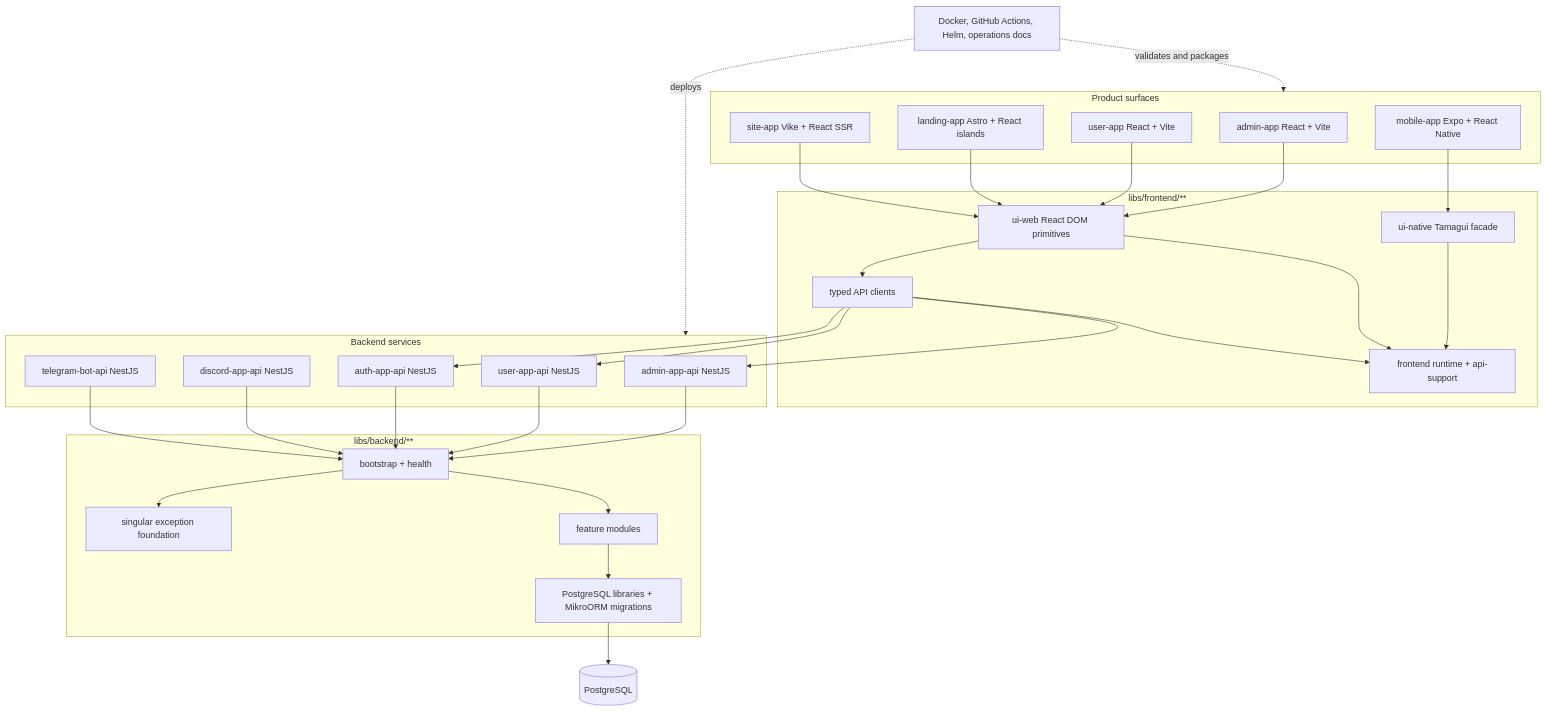
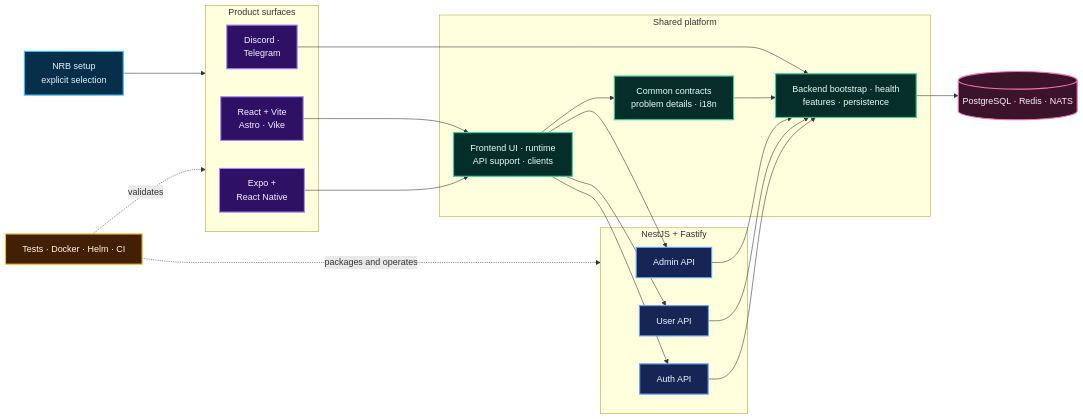
One commit to nmime/nest-react-boilerplate changed the diagram in README.md. Above: the diagram before and after it, drawn with Mermaid. The commit also changed other lines of this file and 1 other file, not shown here.

````diff
--- a/README.md
+++ b/README.md
@@ -7,55 +149,54 @@
 ```mermaid
-flowchart TB
-  subgraph Product["Product surfaces"]
-    Admin["admin-app React + Vite"]
-    User["user-app React + Vite"]
-    Landing["landing-app Astro + React islands"]
-    Site["site-app Vike + React SSR"]
-    Mobile["mobile-app Expo + React Native"]
+flowchart LR
+  Setup["NRB setup<br/>explicit selection"] --> Products
+
+  subgraph Products["Product surfaces"]
+    Web["React + Vite<br/>Astro · Vike"]
+    Mobile["Expo +<br/>React Native"]
+    Integrations["Discord ·<br/>Telegram"]
   end
-  subgraph Frontend["libs/frontend/**"]
-    UI["ui-web React DOM primitives"]
-    NativeUI["ui-native Tamagui facade"]
-    Runtime["frontend runtime + api-support"]
-    Client["typed API clients"]
+
+  subgraph Platform["Shared platform"]
+    Frontend["Frontend UI · runtime<br/>API support · clients"]
+    Common["Common contracts<br/>problem details · i18n"]
+    Backend["Backend bootstrap · health<br/>features · persistence"]
   end
-  subgraph Services["Backend services"]
-    AdminApi["admin-app-api NestJS"]
-    UserApi["user-app-api NestJS"]
-    AuthApi["auth-app-api NestJS"]
-    DiscordApi["discord-app-api NestJS"]
-    TelegramApi["telegram-bot-api NestJS"]
+
+  subgraph Services["NestJS + Fastify"]
+    Admin["Admin API"]
+    User["User API"]
+    Auth["Auth API"]
   end
-  subgraph Backend["libs/backend/**"]
-    Bootstrap["bootstrap + health"]
-    Exception["singular exception foundation"]
-    Features["feature modules"]
-    Postgres["PostgreSQL libraries + MikroORM migrations"]
-  end
-  Data[(PostgreSQL)]
-  Ops["Docker, GitHub Actions, Helm, operations docs"]
 
-  Admin --> UI
-  User --> UI
-  Landing --> UI
-  Site --> UI
-  Mobile --> NativeUI
-  NativeUI --> Runtime
-  UI --> Runtime
-  UI --> Client
-  Client --> Runtime
-  Client --> AdminApi
-  Client --> UserApi
-  Client --> AuthApi
-  AdminApi --> Bootstrap
-  UserApi --> Bootstrap
-  AuthApi --> Bootstrap
-  DiscordApi --> Bootstrap
-  TelegramApi --> Bootstrap
-  Bootstrap --> Exception
-  Bootstrap --> Features
-  Features --> Postgres
-  Postgres --> Data
-  Ops -. "validates and packages" .-> Product
-  Ops -. "deploys" .-> Services
+  Data[("PostgreSQL · Redis · NATS")]
+  Delivery["Tests · Docker · Helm · CI"]
+
+  Web --> Frontend
+  Mobile --> Frontend
+  Integrations --> Backend
+  Frontend --> Common
+  Frontend --> Admin
+  Frontend --> User
+  Frontend --> Auth
+  Common --> Backend
+  Admin --> Backend
+  User --> Backend
+  Auth --> Backend
+  Backend --> Data
+  Delivery -. "validates" .-> Products
+  Delivery -. "packages and operates" .-> Services
+
+  classDef setup fill:#082f49,stroke:#38bdf8,color:#e0f2fe,stroke-width:2px;
+  classDef product fill:#2e1065,stroke:#a78bfa,color:#f5f3ff,stroke-width:2px;
+  classDef platform fill:#052e2b,stroke:#34d399,color:#ecfdf5,stroke-width:2px;
+  classDef service fill:#172554,stroke:#60a5fa,color:#eff6ff,stroke-width:2px;
+  classDef data fill:#3b132a,stroke:#f472b6,color:#fdf2f8,stroke-width:2px;
+  classDef delivery fill:#422006,stroke:#fbbf24,color:#fffbeb,stroke-width:2px;
+
+  class Setup setup;
+  class Web,Mobile,Integrations product;
+  class Frontend,Common,Backend platform;
+  class Admin,User,Auth service;
+  class Data data;
+  class Delivery delivery;
 ```
````
